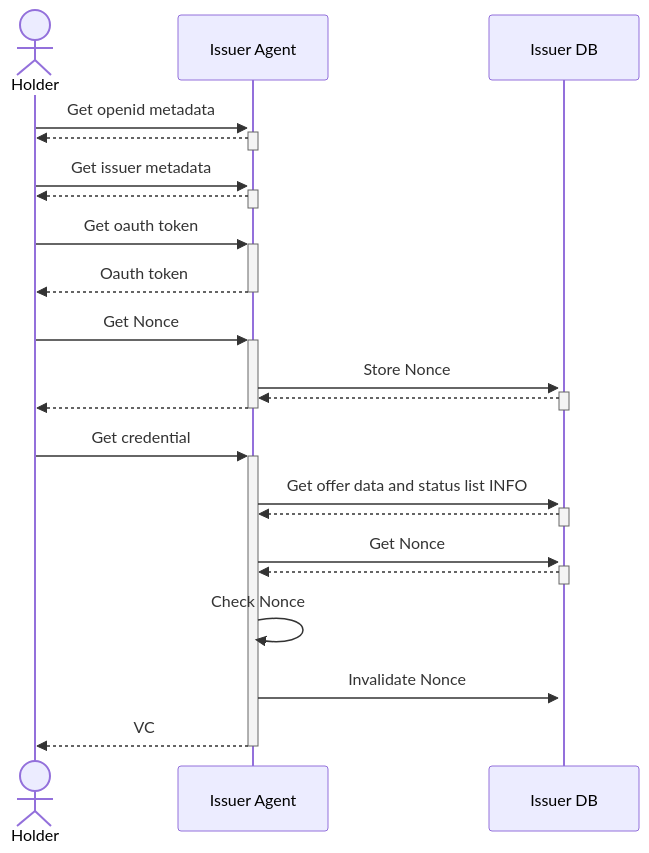
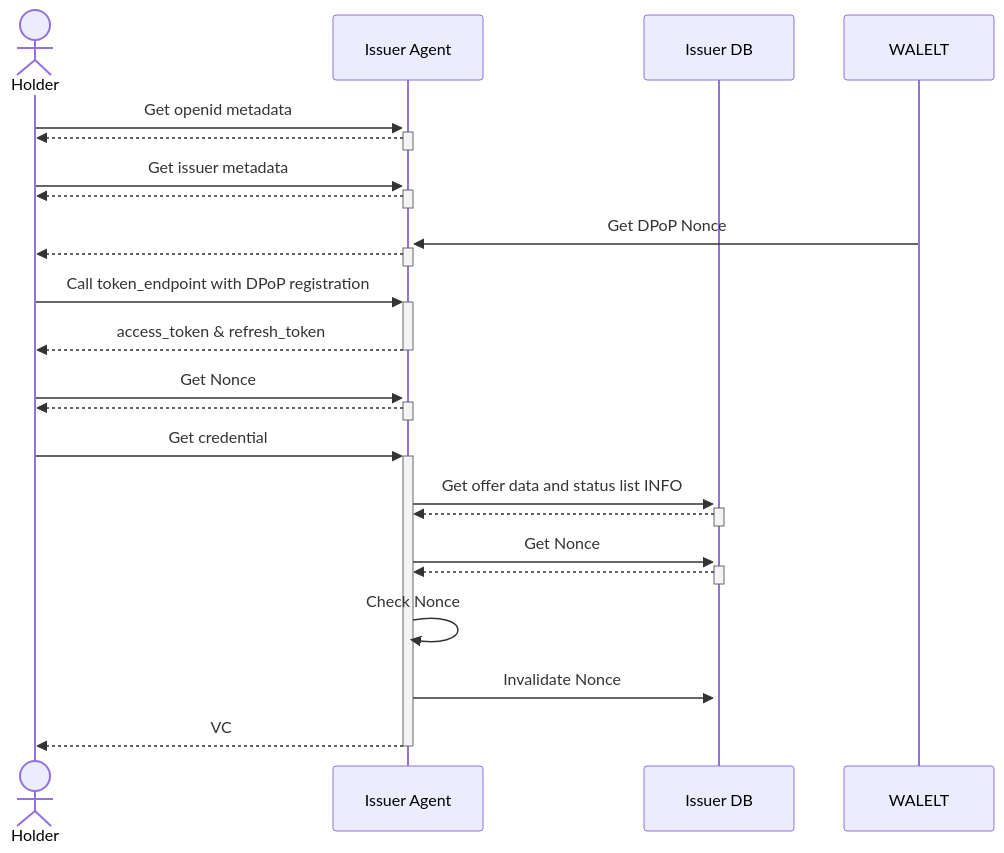
One commit to swiyu-admin-ch/swiyu-issuer changed the second of 2 diagrams in issuance.md. Above: the diagram before and after it, drawn with Mermaid. The commit also changed other lines of this file and 1 other file, not shown here.

Commit message:
docs(EIDOMNI-1024): Add DPoP to Flow details

````diff
--- a/issuance.md
+++ b/issuance.md
@@ -320,30 +328,29 @@
 ```mermaid
 sequenceDiagram
     actor WALLET as Holder
     participant ISS as Issuer Agent
     participant DB as Issuer DB
 
 # Get credential
     WALLET ->>+ ISS: Get openid metadata
 ISS-->>-WALLET: 
 
 WALLET->>+ISS: Get issuer metadata
 ISS-->>-WALLET:
 
-WALLET->>+ISS: Get oauth token
-ISS-->>-WALLET : Oauth token
-
+WALELT->>+ISS: Get DPoP Nonce
+ISS-->>-WALLET:
+WALLET->>+ISS: Call token_endpoint with DPoP registration
+ISS-->>-WALLET : access_token & refresh_token
 WALLET->>+ISS: Get Nonce
-ISS->>+DB: Store Nonce
-DB-->>-ISS:
 ISS-->>-WALLET:
 
 WALLET->>+ISS: Get credential
 ISS->>+DB: Get offer data and status list INFO
 DB-->>-ISS:
 ISS->>+DB: Get Nonce
 DB-->>-ISS:
 ISS->>ISS: Check Nonce
 ISS->>+DB: Invalidate Nonce
 ISS-->>-WALLET: VC
 ```
````
